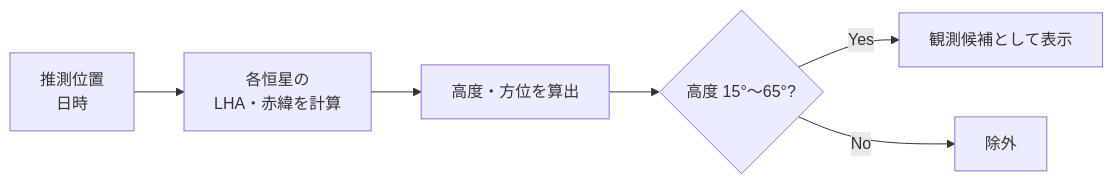
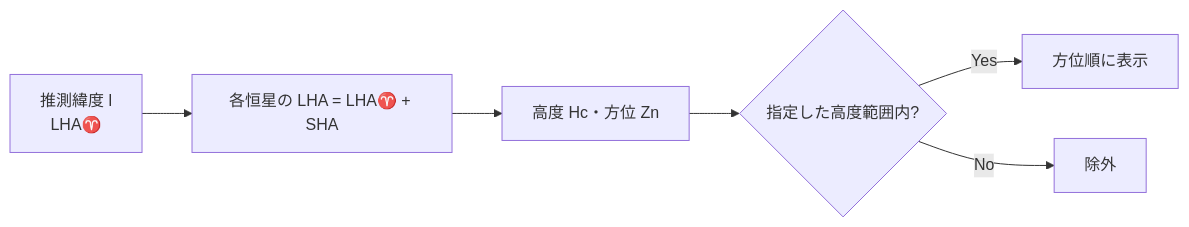
The third of 6 diagrams in docs/celestial.md (serkenn/Navigation-calculations), drawn with Mermaid before and after one commit. The commit also changed other lines of this file and 6 other files, not shown here.

````diff
--- a/docs/celestial.md
+++ b/docs/celestial.md
@@ -54,8 +103,8 @@
 ```mermaid
 flowchart LR
-    A[推測位置<br>日時] --> B[各恒星の<br>LHA・赤緯を計算]
-    B --> C[高度・方位を算出]
-    C --> D{高度 15°〜65°?}
-    D -->|Yes| E[観測候補として表示]
+    A["推測緯度 l<br>LHA♈"] --> B["各恒星の LHA = LHA♈ + SHA"]
+    B --> C[高度 Hc・方位 Zn]
+    C --> D{"指定した高度範囲内?"}
+    D -->|Yes| E[方位順に表示]
     D -->|No| F[除外]
 ```
````
